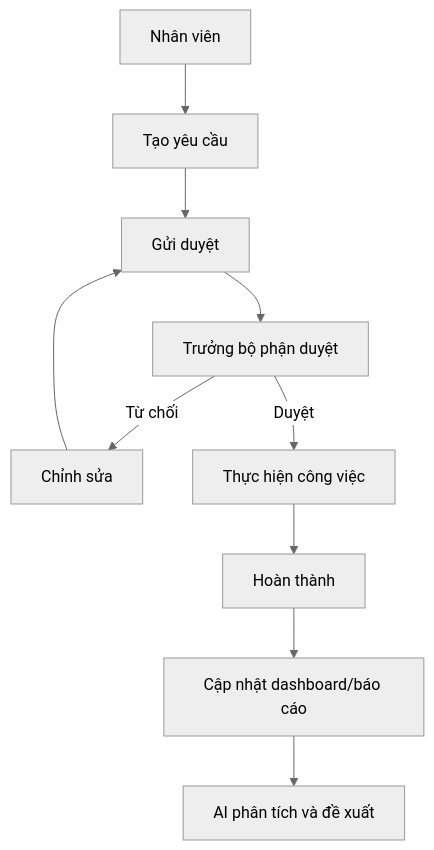
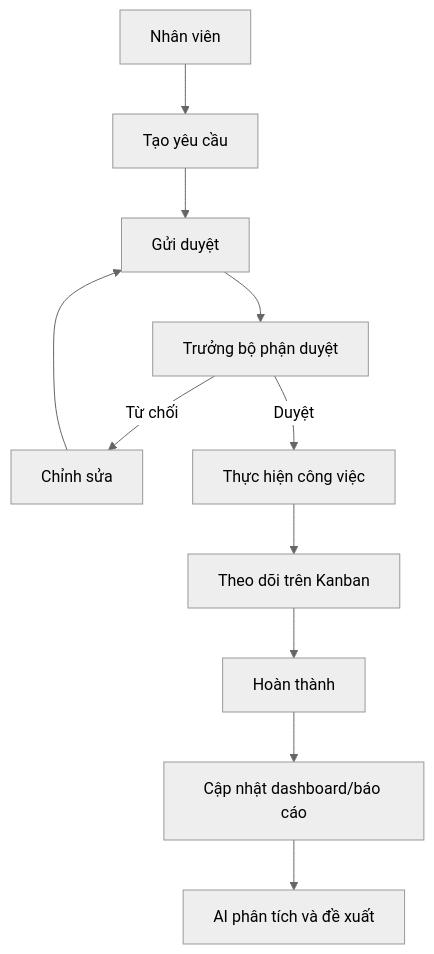
The fourth of 10 diagrams in docs/02-Graduation-Project-Report.md (quanptatb/OmniBizAI), drawn with Mermaid (neutral theme) before and after one commit. The commit also changed other lines of this file and 15 other files, not shown here.

````diff
--- a/docs/02-Graduation-Project-Report.md
+++ b/docs/02-Graduation-Project-Report.md
@@ -251,12 +272,13 @@
 ```mermaid
 flowchart TB
     Staff["Nhân viên"] --> Create["Tạo yêu cầu"]
     Create --> Submit["Gửi duyệt"]
     Submit --> Manager["Trưởng bộ phận duyệt"]
     Manager -->|Từ chối| Revise["Chỉnh sửa"]
     Revise --> Submit
     Manager -->|Duyệt| Work["Thực hiện công việc"]
-    Work --> Complete["Hoàn thành"]
+    Work --> Kanban["Theo dõi trên Kanban"]
+    Kanban --> Complete["Hoàn thành"]
     Complete --> Report["Cập nhật dashboard/báo cáo"]
     Report --> AI["AI phân tích và đề xuất"]
 ```
````
